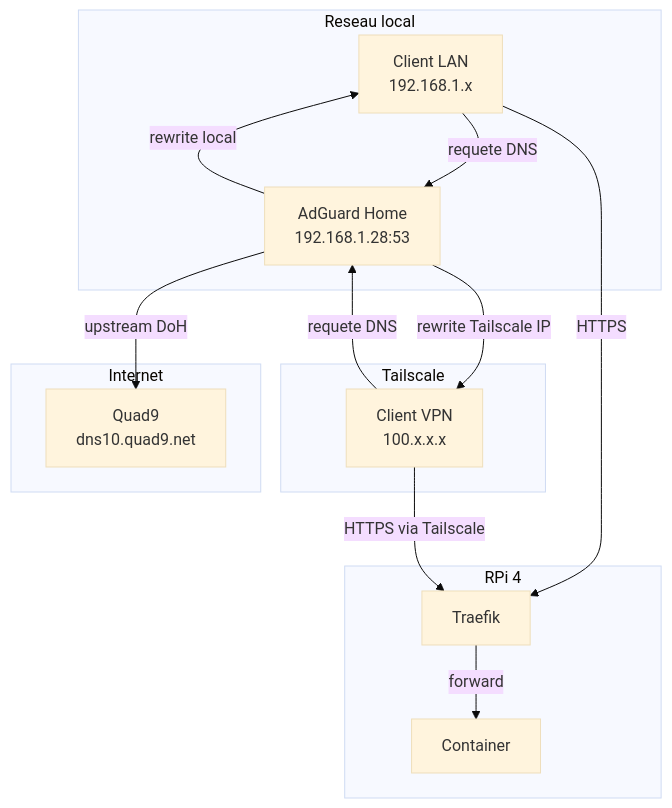
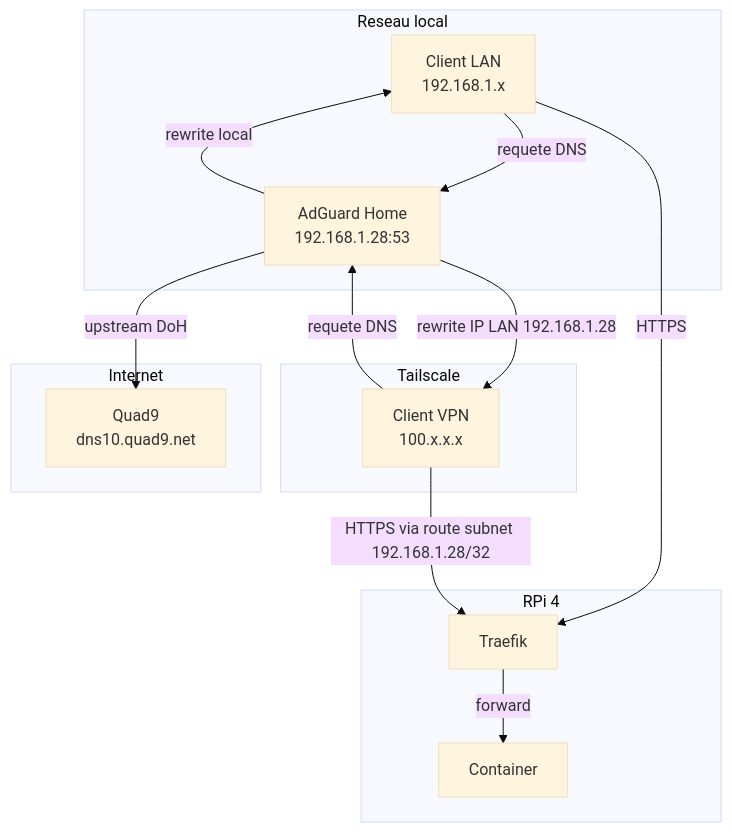
Before and after one commit to GabinSMD/homelab-doc: the second of 3 diagrams in docs/architecture/reseau.md, drawn with Mermaid (base theme). The commit also changed other lines of this file, not shown here.

First line of the commit message:
docs(reseau): corriger l'accès VPN — route subnet, pas l'IP Tailscale (#7)

````diff
--- a/docs/architecture/reseau.md
+++ b/docs/architecture/reseau.md
@@ -52,24 +52,24 @@
 ```mermaid
 graph TB
     subgraph "Reseau local"
         Client[Client LAN<br/>192.168.1.x] -->|requete DNS| AG[AdGuard Home<br/>192.168.1.28:53]
         AG -->|rewrite local| Client
     end
     
     subgraph "Tailscale"
         TSClient[Client VPN<br/>100.x.x.x] -->|requete DNS| AG
-        AG -->|rewrite Tailscale IP| TSClient
+        AG -->|rewrite IP LAN 192.168.1.28| TSClient
     end
     
     subgraph "Internet"
         AG -->|upstream DoH| Quad9[Quad9<br/>dns10.quad9.net]
     end
     
     subgraph "RPi 4"
         AG
         Traefik -->|forward| Service[Container]
     end
     
     Client -->|HTTPS| Traefik
-    TSClient -->|HTTPS via Tailscale| Traefik
+    TSClient -->|HTTPS via route subnet 192.168.1.28/32| Traefik
 ```
````
